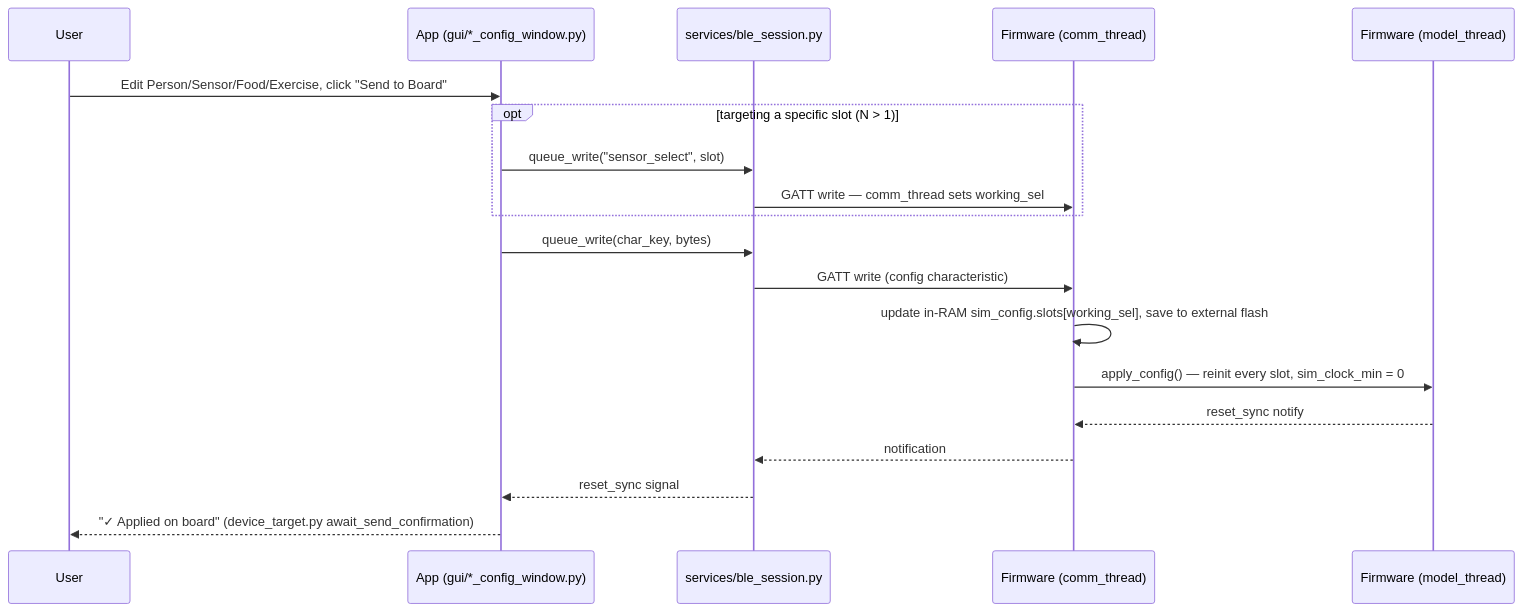
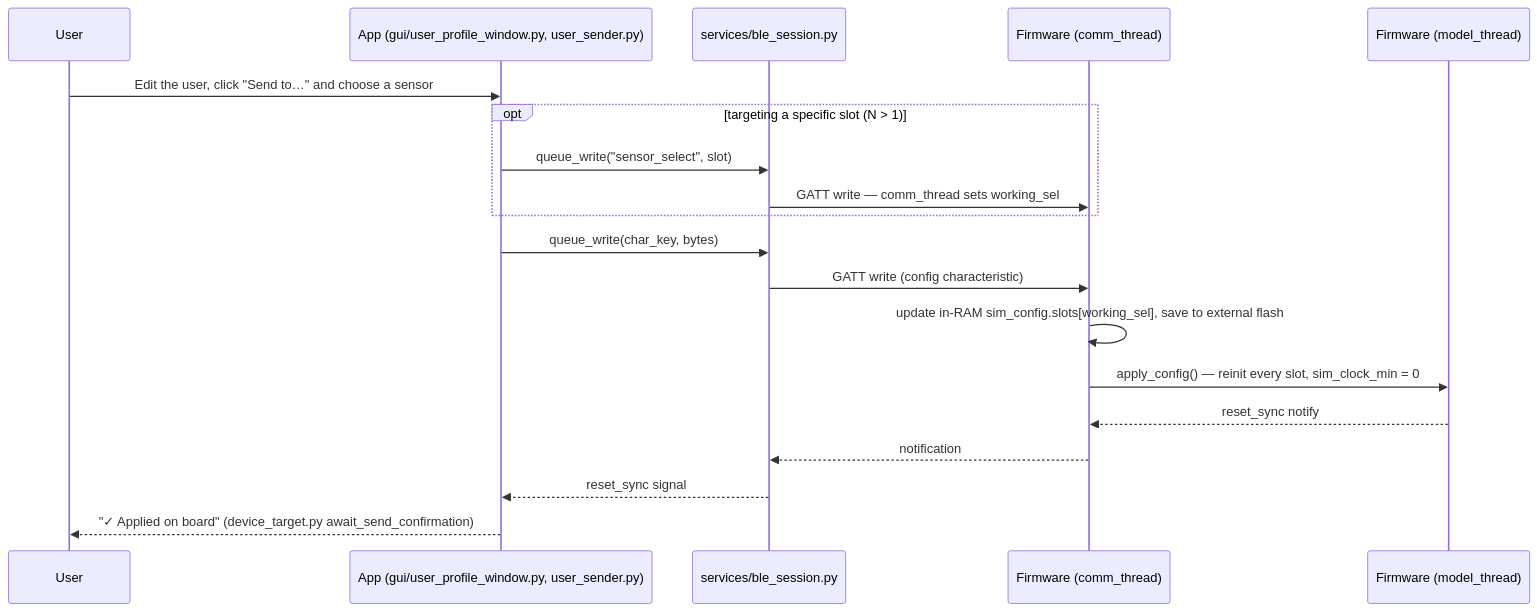
The second of 6 diagrams in docs/ARCHITECTURE.md (gomes717/SensorSimulator), drawn with Mermaid before and after one commit. The commit also changed other lines of this file and 9 other files, not shown here.

First line of the commit message:
docs: the Users refactor is done — ADR 0006, architecture, application, protocol, plan, TODO

````diff
--- a/docs/ARCHITECTURE.md
+++ b/docs/ARCHITECTURE.md
@@ -129,22 +128,22 @@
 ```mermaid
 sequenceDiagram
     participant U as User
-    participant App as App (gui/*_config_window.py)
+    participant App as App (gui/user_profile_window.py, user_sender.py)
     participant BLE as services/ble_session.py
     participant FW as Firmware (comm_thread)
     participant Model as Firmware (model_thread)
 
-    U->>App: Edit Person/Sensor/Food/Exercise, click "Send to Board"
+    U->>App: Edit the user, click "Send to…" and choose a sensor
     opt targeting a specific slot (N > 1)
         App->>BLE: queue_write("sensor_select", slot)
         BLE->>FW: GATT write — comm_thread sets working_sel
     end
     App->>BLE: queue_write(char_key, bytes)
     BLE->>FW: GATT write (config characteristic)
     FW->>FW: update in-RAM sim_config.slots[working_sel], save to external flash
     FW->>Model: apply_config() — reinit every slot, sim_clock_min = 0
     Model-->>FW: reset_sync notify
     FW-->>BLE: notification
     BLE-->>App: reset_sync signal
     App-->>U: "✓ Applied on board" (device_target.py await_send_confirmation)
 ```
````
